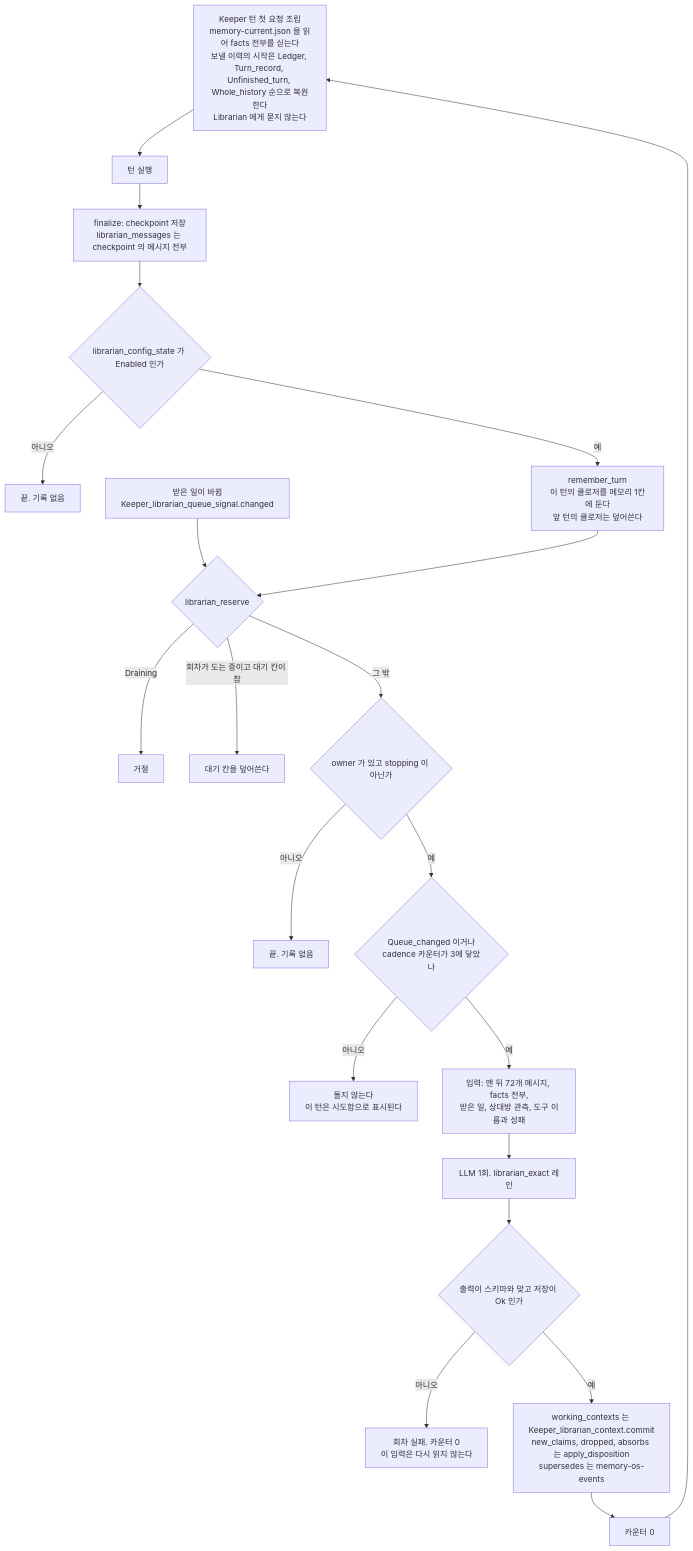
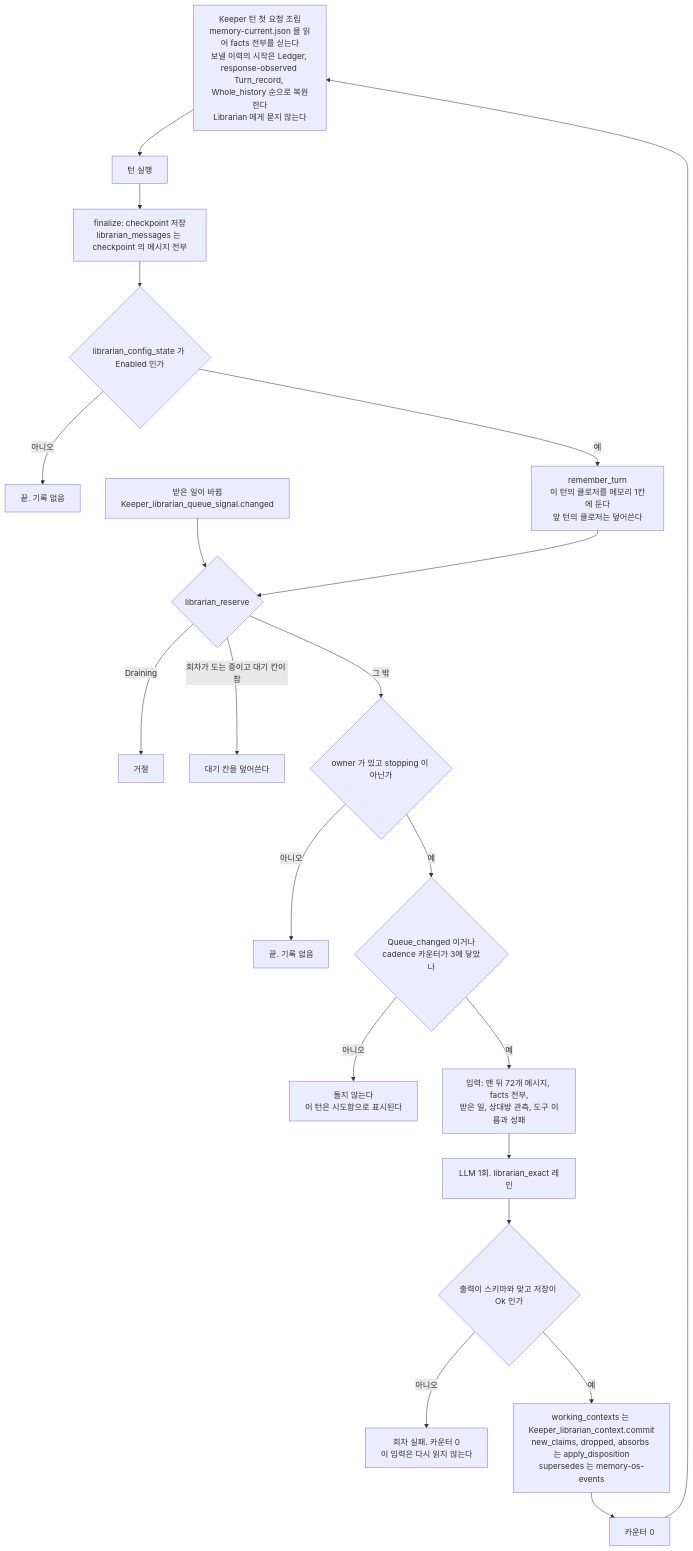
The first of 2 diagrams in docs/rfc/RFC-librarian-lifecycle.md (jeong-sik/masc), drawn with Mermaid before and after one commit. The commit also changed 4 other files, not shown here.

````diff
--- a/docs/rfc/RFC-librarian-lifecycle.md
+++ b/docs/rfc/RFC-librarian-lifecycle.md
@@ -110,23 +110,23 @@
 ```mermaid
 flowchart TD
-  A["Keeper 턴 첫 요청 조립<br/>memory-current.json 을 읽어 facts 전부를 싣는다<br/>보낼 이력의 시작은 Ledger, Turn_record, Unfinished_turn, Whole_history 순으로 복원한다<br/>Librarian 에게 묻지 않는다"] --> B["턴 실행"]
+  A["Keeper 턴 첫 요청 조립<br/>memory-current.json 을 읽어 facts 전부를 싣는다<br/>보낼 이력의 시작은 Ledger, response-observed Turn_record, Whole_history 순으로 복원한다<br/>Librarian 에게 묻지 않는다"] --> B["턴 실행"]
   B --> C["finalize: checkpoint 저장<br/>librarian_messages 는 checkpoint 의 메시지 전부"]
   C --> D{"librarian_config_state 가 Enabled 인가"}
   D -->|"아니오"| X0["끝. 기록 없음"]
   D -->|"예"| E["remember_turn<br/>이 턴의 클로저를 메모리 1칸에 둔다<br/>앞 턴의 클로저는 덮어쓴다"]
   Q["받은 일이 바뀜<br/>Keeper_librarian_queue_signal.changed"] --> F
   E --> F{"librarian_reserve"}
   F -->|"Draining"| X1["거절"]
   F -->|"회차가 도는 중이고 대기 칸이 참"| X2["대기 칸을 덮어쓴다"]
   F -->|"그 밖"| G{"owner 가 있고 stopping 이 아닌가"}
   G -->|"아니오"| X3["끝. 기록 없음"]
   G -->|"예"| H{"Queue_changed 이거나<br/>cadence 카운터가 3에 닿았나"}
   H -->|"아니오"| X4["돌지 않는다<br/>이 턴은 시도함으로 표시된다"]
   H -->|"예"| I["입력: 맨 뒤 72개 메시지, facts 전부,<br/>받은 일, 상대방 관측, 도구 이름과 성패"]
   I --> J["LLM 1회. librarian_exact 레인"]
   J --> K{"출력이 스키마와 맞고 저장이 Ok 인가"}
   K -->|"아니오"| X5["회차 실패. 카운터 0<br/>이 입력은 다시 읽지 않는다"]
   K -->|"예"| L["working_contexts 는 Keeper_librarian_context.commit<br/>new_claims, dropped, absorbs 는 apply_disposition<br/>supersedes 는 memory-os-events"]
   L --> M["카운터 0"]
   M --> A
 ```
````
